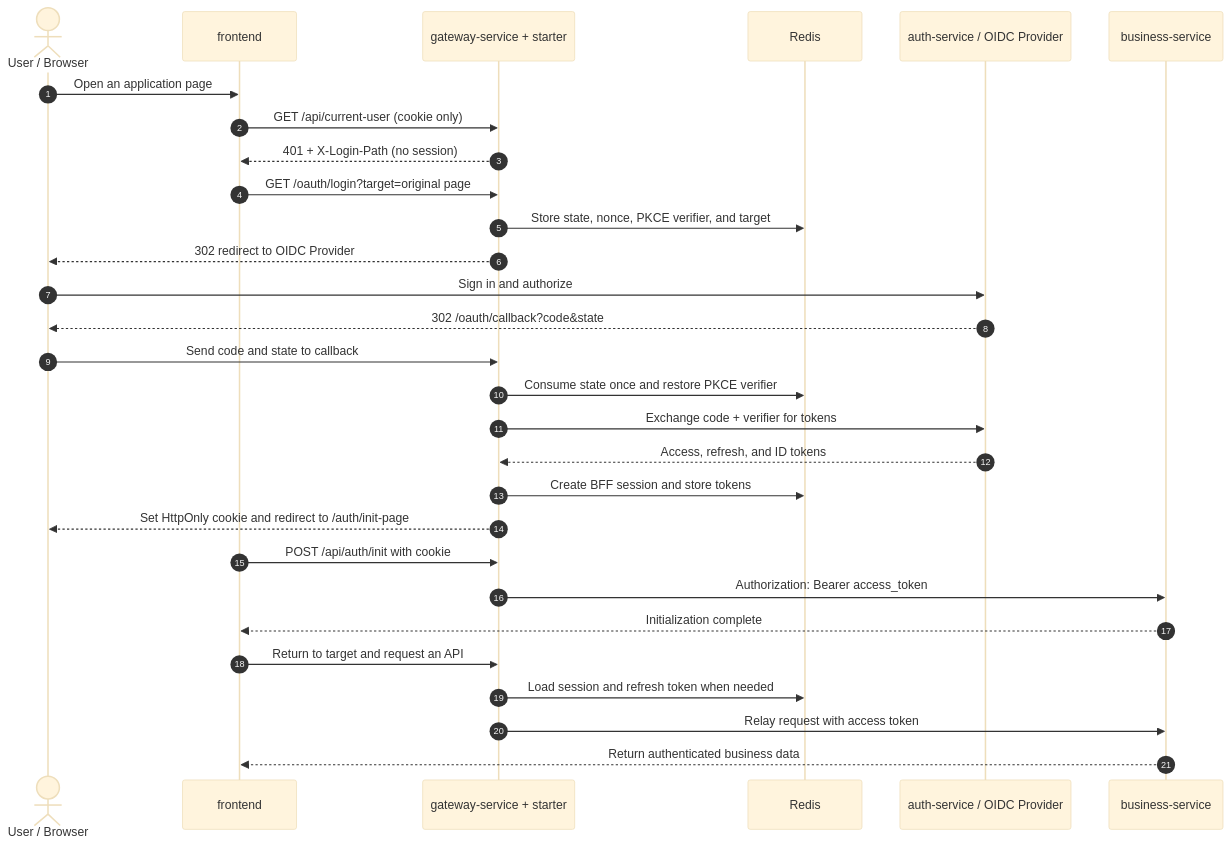
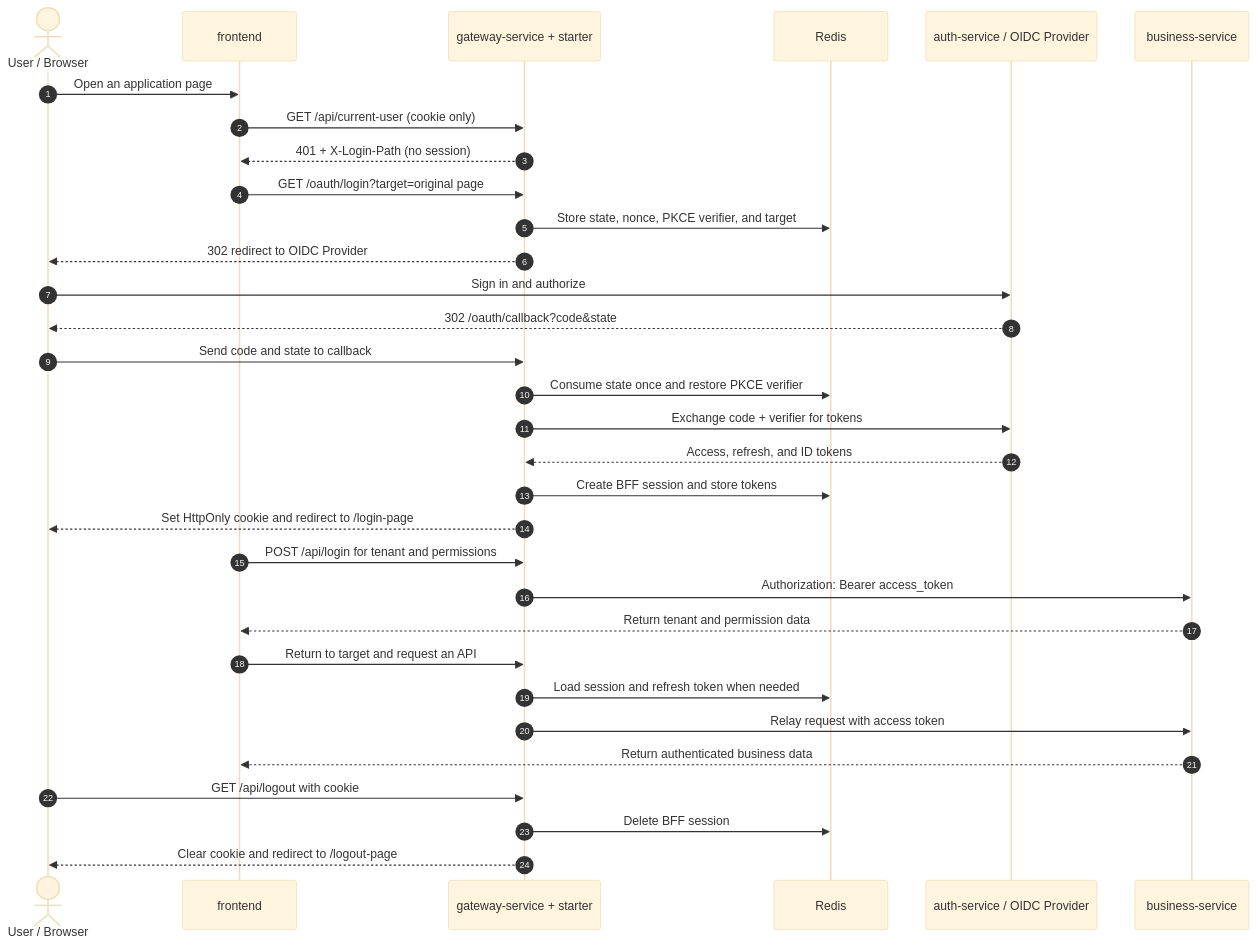
The diagram in README.md (iamxiaozhuang/oauth-oidc-client-starter), drawn with Mermaid (base theme) before and after one commit. The commit also changed other lines of this file and 17 other files, not shown here.

Commit message:
Complete-login-initialization-and-logout-flow

````diff
--- a/README.md
+++ b/README.md
@@ -9,32 +9,35 @@
 ```mermaid
 sequenceDiagram
     autonumber
     actor U as User / Browser
     participant F as frontend
     participant G as gateway-service + starter
     participant R as Redis
     participant A as auth-service / OIDC Provider
     participant B as business-service
 
     U->>F: Open an application page
     F->>G: GET /api/current-user (cookie only)
     G-->>F: 401 + X-Login-Path (no session)
     F->>G: GET /oauth/login?target=original page
     G->>R: Store state, nonce, PKCE verifier, and target
     G-->>U: 302 redirect to OIDC Provider
     U->>A: Sign in and authorize
     A-->>U: 302 /oauth/callback?code&state
     U->>G: Send code and state to callback
     G->>R: Consume state once and restore PKCE verifier
     G->>A: Exchange code + verifier for tokens
     A-->>G: Access, refresh, and ID tokens
     G->>R: Create BFF session and store tokens
-    G-->>U: Set HttpOnly cookie and redirect to /auth/init-page
-    F->>G: POST /api/auth/init with cookie
+    G-->>U: Set HttpOnly cookie and redirect to /login-page
+    F->>G: POST /api/login for tenant and permissions
     G->>B: Authorization: Bearer access_token
-    B-->>F: Initialization complete
+    B-->>F: Return tenant and permission data
     F->>G: Return to target and request an API
     G->>R: Load session and refresh token when needed
     G->>B: Relay request with access token
     B-->>F: Return authenticated business data
+    U->>G: GET /api/logout with cookie
+    G->>R: Delete BFF session
+    G-->>U: Clear cookie and redirect to /logout-page
 ```
````
